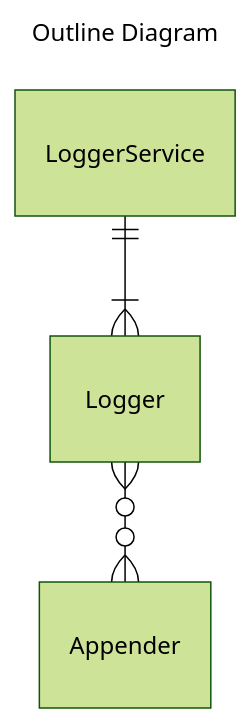
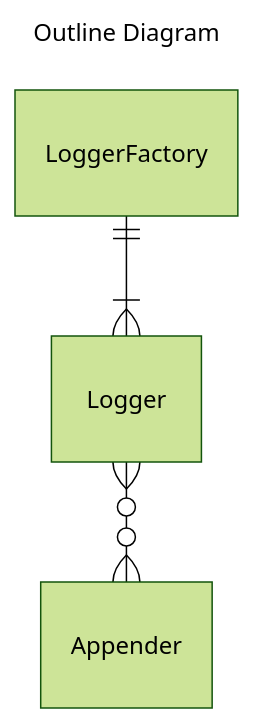
The diagram in README.md (kumo01GitHub/ng-logback), drawn with Mermaid (forest theme) before and after one commit. The commit also changed other lines of this file and 22 other files, not shown here.

````diff
--- a/README.md
+++ b/README.md
@@ -11,9 +11,9 @@
 ```mermaid
 ---
 title: "Outline Diagram"
 ---
 erDiagram
-    LoggerService ||--|{ Logger: ""
+    LoggerFactory ||--|{ Logger: ""
     Logger }o--o{ Appender: ""
 
 ```
````
